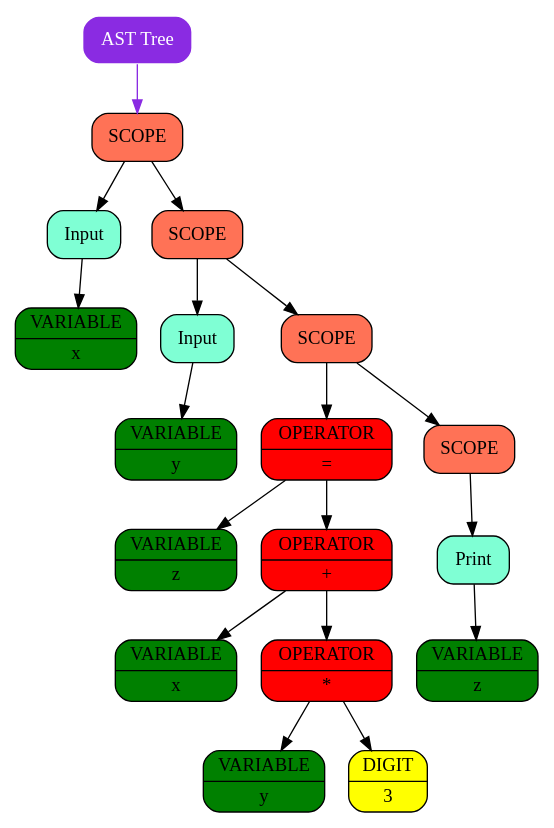
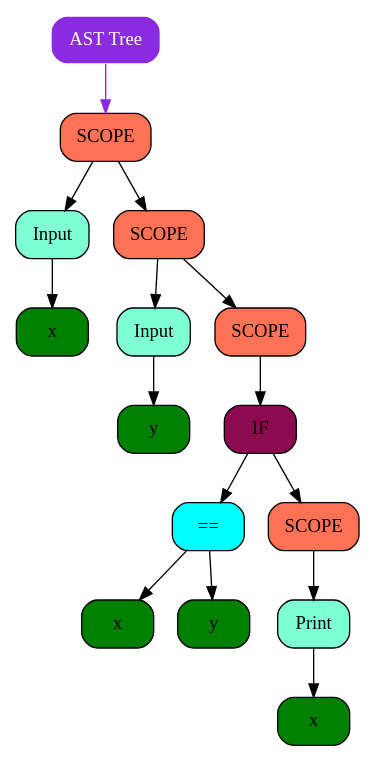
The diagram in graphics/graph.dot (Pelmeshka127/ParaCL), drawn with Graphviz before and after one commit. The commit also changed 8 other files, not shown here.

```diff
--- a/graphics/graph.dot
+++ b/graphics/graph.dot
@@ -1,39 +1,33 @@
 digraph Tree
 {
    rankdir = HR;
    tree[shape = Mrecord, style = filled, color = "white", style = filled, fontcolor = "white", fillcolor = "blueviolet", label = "AST Tree"];
-   "0x13de06e20"[shape = Mrecord, color = "black", style = filled, fontcolor = "black", fillcolor = "coral1"   label = " {SCOPE}"];
-  "0x13de06e20" -> "0x13de06bd0" [color = "black"];
-  "0x13de06e20" -> "0x13de06e00" [color = "black"];
-   "0x13de06bd0"[shape = Mrecord, color = "black", style = filled, fontcolor = "black", fillcolor = "aquamarine"   label = " {Input}"];
-  "0x13de06bd0" -> "0x13de06ba0" [color = "black"];
-   "0x13de06ba0"[shape = Mrecord, color = "black", style = filled, fontcolor = "black", fillcolor = "green",   label = " {VARIABLE | x}"];
-   "0x13de06e00"[shape = Mrecord, color = "black", style = filled, fontcolor = "black", fillcolor = "coral1"   label = " {SCOPE}"];
-  "0x13de06e00" -> "0x13de06c20" [color = "black"];
-  "0x13de06e00" -> "0x13de06de0" [color = "black"];
-   "0x13de06c20"[shape = Mrecord, color = "black", style = filled, fontcolor = "black", fillcolor = "aquamarine"   label = " {Input}"];
-  "0x13de06c20" -> "0x13de06bf0" [color = "black"];
-   "0x13de06bf0"[shape = Mrecord, color = "black", style = filled, fontcolor = "black", fillcolor = "green",   label = " {VARIABLE | y}"];
-   "0x13de06de0"[shape = Mrecord, color = "black", style = filled, fontcolor = "black", fillcolor = "coral1"   label = " {SCOPE}"];
-  "0x13de06de0" -> "0x13de06d40" [color = "black"];
-  "0x13de06de0" -> "0x13de06dc0" [color = "black"];
-   "0x13de06d40"[shape = Mrecord, color = "black", style = filled, fontcolor = "black", fillcolor = "red"   label = " {OPERATOR | =}"];
-  "0x13de06d40" -> "0x13de06c40" [color = "black"];
-  "0x13de06d40" -> "0x13de06d10" [color = "black"];
-   "0x13de06c40"[shape = Mrecord, color = "black", style = filled, fontcolor = "black", fillcolor = "green",   label = " {VARIABLE | z}"];
-   "0x13de06d10"[shape = Mrecord, color = "black", style = filled, fontcolor = "black", fillcolor = "red"   label = " {OPERATOR | +}"];
-  "0x13de06d10" -> "0x13de06c70" [color = "black"];
-  "0x13de06d10" -> "0x13de06ce0" [color = "black"];
-   "0x13de06c70"[shape = Mrecord, color = "black", style = filled, fontcolor = "black", fillcolor = "green",   label = " {VARIABLE | x}"];
-   "0x13de06ce0"[shape = Mrecord, color = "black", style = filled, fontcolor = "black", fillcolor = "red"   label = " {OPERATOR | *}"];
-  "0x13de06ce0" -> "0x13de06ca0" [color = "black"];
-  "0x13de06ce0" -> "0x13de06cd0" [color = "black"];
-   "0x13de06ca0"[shape = Mrecord, color = "black", style = filled, fontcolor = "black", fillcolor = "green",   label = " {VARIABLE | y}"];
-   "0x13de06cd0"[shape = Mrecord, color = "black", style = filled, fontcolor = "black", fillcolor = "yellow",   label = " {DIGIT | 3}"];
-   "0x13de06dc0"[shape = Mrecord, color = "black", style = filled, fontcolor = "black", fillcolor = "coral1"   label = " {SCOPE}"];
-  "0x13de06dc0" -> "0x13de06da0" [color = "black"];
-   "0x13de06da0"[shape = Mrecord, color = "black", style = filled, fontcolor = "black", fillcolor = "aquamarine"   label = " {Print}"];
-  "0x13de06da0" -> "0x13de06d70" [color = "black"];
-   "0x13de06d70"[shape = Mrecord, color = "black", style = filled, fontcolor = "black", fillcolor = "green",   label = " {VARIABLE | z}"];
-   tree -> "0x13de06e20" [color = "blueviolet"];
+   "0x149606db0"[shape = Mrecord, color = "black", style = filled, fontcolor = "black", fillcolor = "coral1"   label = " {SCOPE}"];
+  "0x149606db0" -> "0x149606bd0" [color = "black"];
+  "0x149606db0" -> "0x149606d90" [color = "black"];
+   "0x149606bd0"[shape = Mrecord, color = "black", style = filled, fontcolor = "black", fillcolor = "aquamarine"   label = " {Input}"];
+  "0x149606bd0" -> "0x149606ba0" [color = "black"];
+   "0x149606ba0"[shape = Mrecord, color = "black", style = filled, fontcolor = "black", fillcolor = "green",   label = " {x}"];
+   "0x149606d90"[shape = Mrecord, color = "black", style = filled, fontcolor = "black", fillcolor = "coral1"   label = " {SCOPE}"];
+  "0x149606d90" -> "0x149606c20" [color = "black"];
+  "0x149606d90" -> "0x149606d70" [color = "black"];
+   "0x149606c20"[shape = Mrecord, color = "black", style = filled, fontcolor = "black", fillcolor = "aquamarine"   label = " {Input}"];
+  "0x149606c20" -> "0x149606bf0" [color = "black"];
+   "0x149606bf0"[shape = Mrecord, color = "black", style = filled, fontcolor = "black", fillcolor = "green",   label = " {y}"];
+   "0x149606d70"[shape = Mrecord, color = "black", style = filled, fontcolor = "black", fillcolor = "coral1"   label = " {SCOPE}"];
+  "0x149606d70" -> "0x149606d40" [color = "black"];
+   "0x149606d40"[shape = Mrecord, color = "black", style = filled, fontcolor = "black", fillcolor = "deeppink4"   label = " {IF}"];
+  "0x149606d40" -> "0x149606ca0" [color = "black"];
+  "0x149606d40" -> "0x149606d20" [color = "black"];
+   "0x149606ca0"[shape = Mrecord, color = "black", style = filled, fontcolor = "black", fillcolor = "aqua"   label = " {==}"];
+  "0x149606ca0" -> "0x149606c40" [color = "black"];
+  "0x149606ca0" -> "0x149606c70" [color = "black"];
+   "0x149606c40"[shape = Mrecord, color = "black", style = filled, fontcolor = "black", fillcolor = "green",   label = " {x}"];
+   "0x149606c70"[shape = Mrecord, color = "black", style = filled, fontcolor = "black", fillcolor = "green",   label = " {y}"];
+   "0x149606d20"[shape = Mrecord, color = "black", style = filled, fontcolor = "black", fillcolor = "coral1"   label = " {SCOPE}"];
+  "0x149606d20" -> "0x149606d00" [color = "black"];
+   "0x149606d00"[shape = Mrecord, color = "black", style = filled, fontcolor = "black", fillcolor = "aquamarine"   label = " {Print}"];
+  "0x149606d00" -> "0x149606cd0" [color = "black"];
+   "0x149606cd0"[shape = Mrecord, color = "black", style = filled, fontcolor = "black", fillcolor = "green",   label = " {x}"];
+   tree -> "0x149606db0" [color = "blueviolet"];
 }
```
